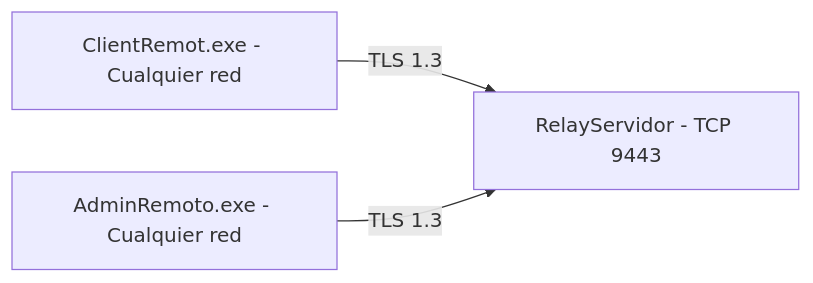
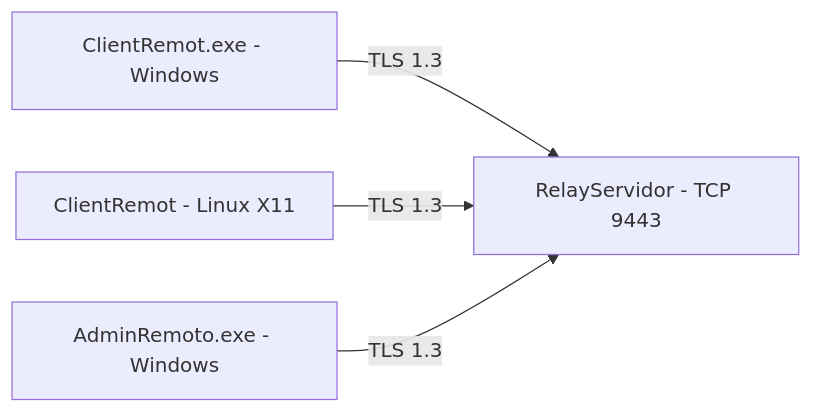
Before and after one commit to jaanque/Gecko: the first of 2 diagrams in README.md, drawn with Mermaid. The commit also changed other lines of this file and 22 other files, not shown here.

`````diff
--- a/README.md
+++ b/README.md
@@ -6,5 +5,6 @@
 ```mermaid
 flowchart LR
-    C["ClientRemot.exe - Cualquier red"] -- "TLS 1.3" --> R["RelayServidor - TCP 9443"]
-    A["AdminRemoto.exe - Cualquier red"] -- "TLS 1.3" --> R
-````
+    CW["ClientRemot.exe - Windows"] -- "TLS 1.3" --> R["RelayServidor - TCP 9443"]
+    CL["ClientRemot - Linux X11"] -- "TLS 1.3" --> R
+    A["AdminRemoto.exe - Windows"] -- "TLS 1.3" --> R
+```
`````
